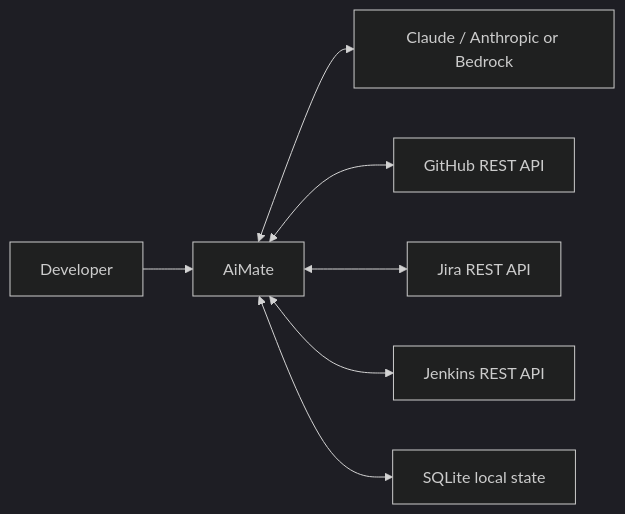
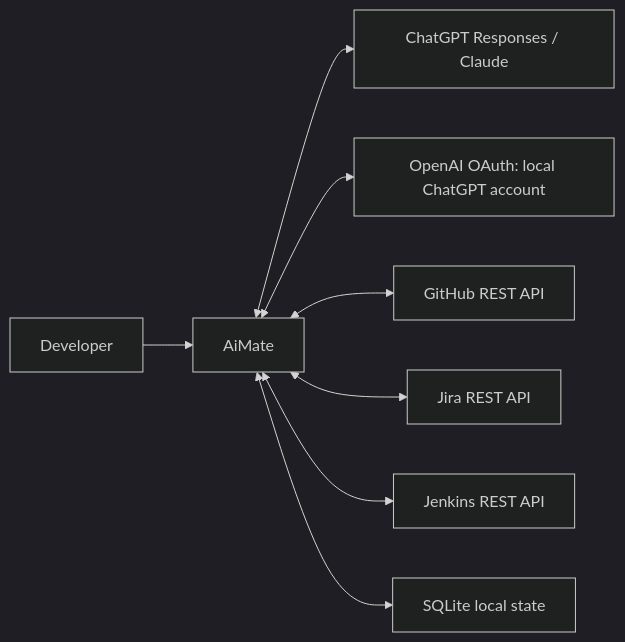
One commit to abhijitxroy/aimate changed the first of 2 diagrams in docs/architecture.md. Above: the diagram before and after it, drawn with Mermaid (dark theme). The commit also changed other lines of this file and 12 other files, not shown here.

Commit message:
Add local ChatGPT sign-in and streamed project tool calls

````diff
--- a/docs/architecture.md
+++ b/docs/architecture.md
@@ -5,9 +5,10 @@
 ```mermaid
 flowchart LR
     User[Developer] --> App[AiMate]
-    App <--> Claude[Claude / Anthropic or Bedrock]
+    App <--> Claude[ChatGPT Responses / Claude]
+    App <--> OAuth[OpenAI OAuth: local ChatGPT account]
     App <--> GH[GitHub REST API]
     App <--> Jira[Jira REST API]
     App <--> Jenkins[Jenkins REST API]
     App <--> DB[SQLite local state]
 ```
````
